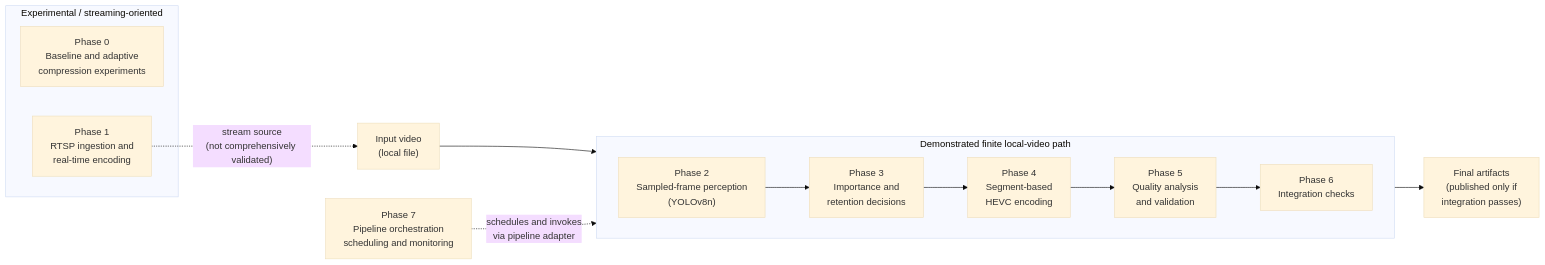
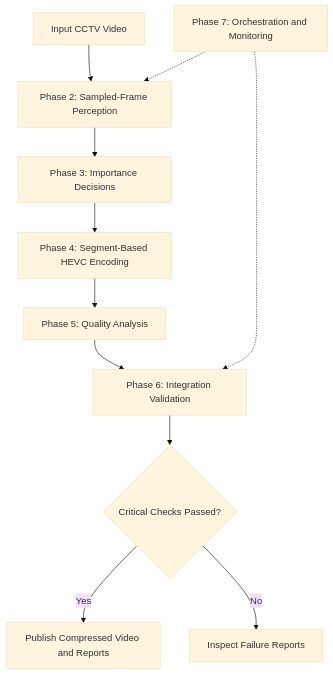
One commit to MayurDas24/CCTV-Compression-Project changed the diagram in README.md. Above: the diagram before and after it, drawn with Mermaid (base theme). The commit also changed other lines of this file, not shown here.

````diff
--- a/README.md
+++ b/README.md
@@ -83,27 +130,13 @@
 ```mermaid
-flowchart LR
-    subgraph EXP["Experimental / streaming-oriented"]
-        P0["Phase 0<br/>Baseline and adaptive<br/>compression experiments"]
-        P1["Phase 1<br/>RTSP ingestion and<br/>real-time encoding"]
-    end
-
-    IN["Input video<br/>(local file)"]
-
-    subgraph LOCAL["Demonstrated finite local-video path"]
-        direction LR
-        P2["Phase 2<br/>Sampled-frame perception<br/>(YOLOv8n)"]
-        P3["Phase 3<br/>Importance and<br/>retention decisions"]
-        P4["Phase 4<br/>Segment-based<br/>HEVC encoding"]
-        P5["Phase 5<br/>Quality analysis<br/>and validation"]
-        P6["Phase 6<br/>Integration checks"]
-        P2 --> P3 --> P4 --> P5 --> P6
-    end
-
-    OUT["Final artifacts<br/>(published only if<br/>integration passes)"]
-    P7["Phase 7<br/>Pipeline orchestration<br/>scheduling and monitoring"]
-
-    IN --> P2
-    P6 --> OUT
-    P1 -.->|"stream source<br/>(not comprehensively validated)"| IN
-    P7 -.->|"schedules and invokes<br/>via pipeline adapter"| LOCAL
+flowchart TD
+    A["Input CCTV Video"] --> B["Phase 2: Sampled-Frame Perception"]
+    B --> C["Phase 3: Importance Decisions"]
+    C --> D["Phase 4: Segment-Based HEVC Encoding"]
+    D --> E["Phase 5: Quality Analysis"]
+    E --> F["Phase 6: Integration Validation"]
+    F --> G{"Critical Checks Passed?"}
+    G -->|Yes| H["Publish Compressed Video and Reports"]
+    G -->|No| I["Inspect Failure Reports"]
+    J["Phase 7: Orchestration and Monitoring"] -.-> B
+    J -.-> F
 ```
````
